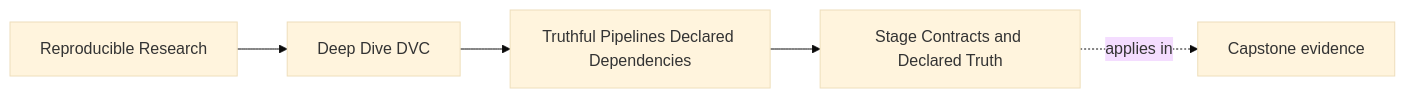
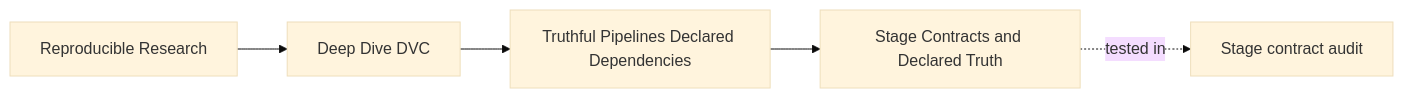
One commit to bijux/bijux-masterclass changed the first of 3 diagrams in programs/reproducible-research/deep-dive-dvc/course-book/module-04-truthful-pipelines-declared-dependencies/stage-contracts-and-declared-truth.md. Above: the diagram before and after it, drawn with Mermaid (base theme). The commit also changed other lines of this file, not shown here.

Commit message:
docs(dvc): derive stage contracts from real behavior

````diff
--- a/programs/reproducible-research/deep-dive-dvc/course-book/module-04-truthful-pipelines-declared-dependencies/stage-contracts-and-declared-truth.md
+++ b/programs/reproducible-research/deep-dive-dvc/course-book/module-04-truthful-pipelines-declared-dependencies/stage-contracts-and-declared-truth.md
@@ -7,11 +6,11 @@
 ```mermaid
 graph LR
   family["Reproducible Research"]
   program["Deep Dive DVC"]
   section["Truthful Pipelines Declared Dependencies"]
   page["Stage Contracts and Declared Truth"]
-  capstone["Capstone evidence"]
+  capstone["Stage contract audit"]
 
   family --> program --> section --> page
-  page -.applies in.-> capstone
+  page -.tested in.-> capstone
 ```
````
